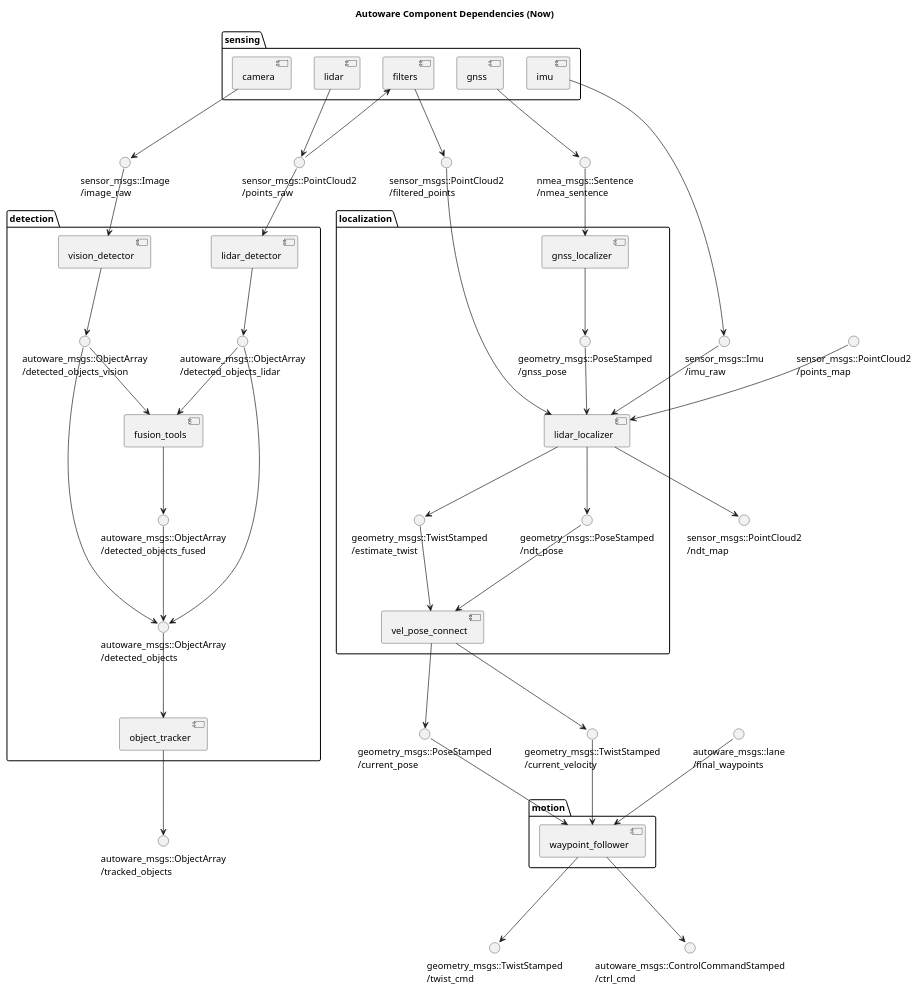
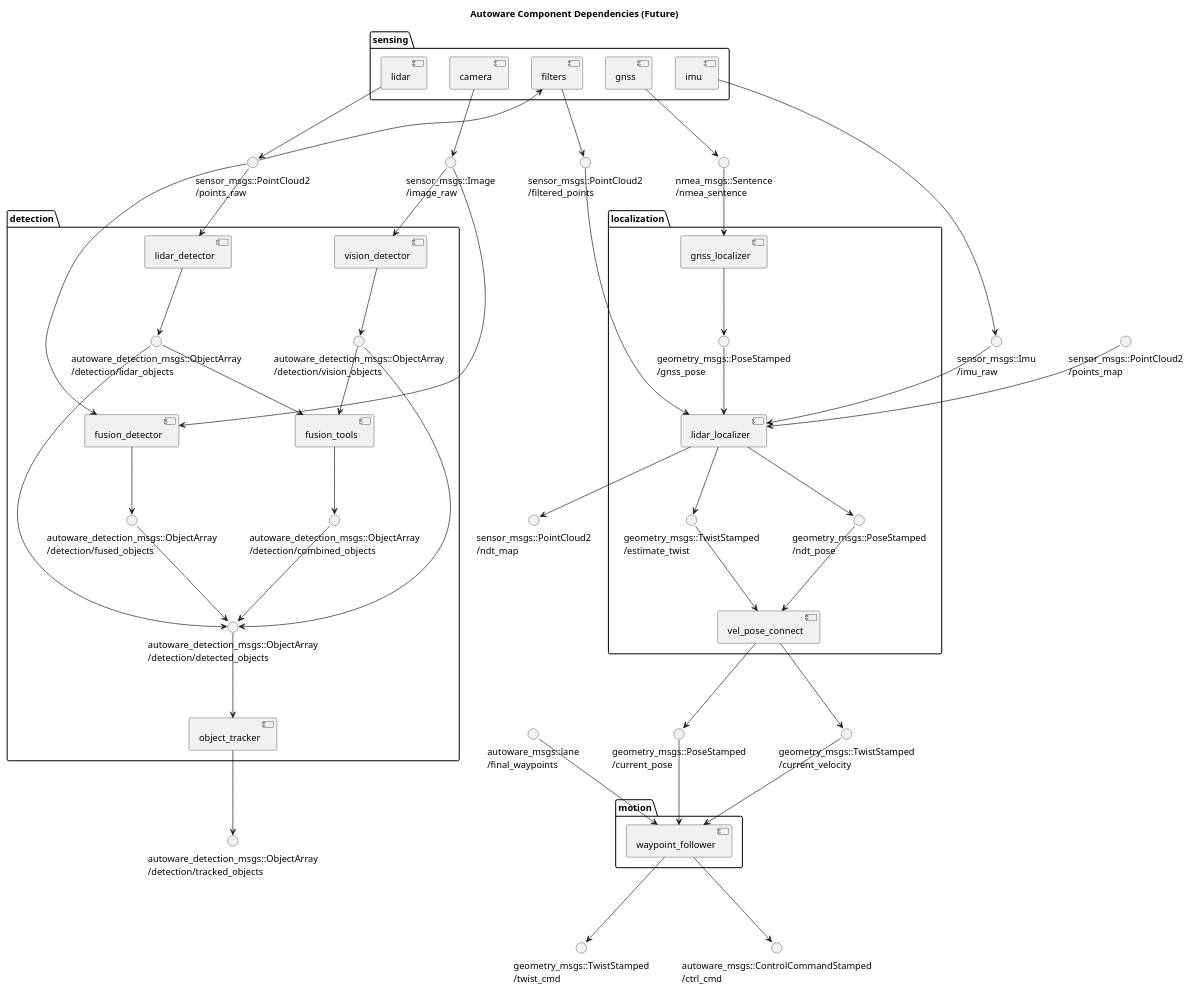
Before and after one commit to autowarefoundation/autoware: the diagram in docs/architecture/ComponentDiagram2.pu, drawn with PlantUML. The commit also changed 1 other file, not shown here.

Commit message:
Add namespaces and delete fusion_tracker

```diff
--- a/docs/architecture/ComponentDiagram2.pu
+++ b/docs/architecture/ComponentDiagram2.pu
@@ -1,159 +1,168 @@
 @startuml
 
-title Autoware Component Dependencies (Now)
+title Autoware Component Dependencies (Future)
 
 () "sensor_msgs::Image\n/image_raw" as image_raw
 () "sensor_msgs::PointCloud2\n/points_raw" as points_raw
 () "sensor_msgs::PointCloud2\n/filtered_points" as filtered_points
 () "sensor_msgs::Imu\n/imu_raw" as imu_raw 
 () "nmea_msgs::Sentence\n/nmea_sentence" as nmea_sentence
 
 folder sensing {
     [camera]
     'outputs
     camera --> image_raw
 
     [lidar]
     'outputs
     lidar --> points_raw
 
     [filters]
     'inputs
     points_raw --> filters
     'outputs
     filters --> filtered_points
 
     [imu]
     'outputs
     imu --> imu_raw
 
     [gnss]
     'outputs
     gnss --> nmea_sentence
 }
 
 'gnss_localizer
 
 'lidar_localizer
 () "sensor_msgs::PointCloud2\n/points_map" as points_map
 () "sensor_msgs::PointCloud2\n/ndt_map" as ndt_map
 
 'vel_pose_connect
 () "geometry_msgs::PoseStamped\n/current_pose" as current_pose
 () "geometry_msgs::TwistStamped\n/current_velocity" as current_velocity
 
 folder localization {
     () "geometry_msgs::PoseStamped\n/gnss_pose" as gnss_pose
     () "geometry_msgs::TwistStamped\n/estimate_twist" as estimate_twist
     () "geometry_msgs::PoseStamped\n/ndt_pose" as ndt_pose
 
     [gnss_localizer]
     'inputs
     nmea_sentence --> gnss_localizer
     'outputs
     gnss_localizer --> gnss_pose
 
     [lidar_localizer]
     'inputs
     gnss_pose --> lidar_localizer
     filtered_points --> lidar_localizer
     points_map --> lidar_localizer
     imu_raw --> lidar_localizer
     'outputs
     lidar_localizer --> estimate_twist
     lidar_localizer --> ndt_pose
     lidar_localizer --> ndt_map
 
     [vel_pose_connect]
     'inputs
     estimate_twist --> vel_pose_connect
     ndt_pose --> vel_pose_connect
     'outputs
     vel_pose_connect --> current_pose
     vel_pose_connect --> current_velocity
 
     '[dead_reckoner] @ Autoware v2.0
 }
 
 
-() "autoware_msgs::ObjectArray\n/tracked_objects" as tracked_objects
+() "autoware_detection_msgs::ObjectArray\n/detection/tracked_objects" as tracked_objects
 
 folder detection {
-    () "autoware_msgs::ObjectArray\n/detected_objects_vision" as detected_objects_vision
-    () "autoware_msgs::ObjectArray\n/detected_objects_lidar" as detected_objects_lidar
-    () "autoware_msgs::ObjectArray\n/detected_objects_fused" as detected_objects_fused
-    () "autoware_msgs::ObjectArray\n/detected_objects" as detected_objects
+    () "autoware_detection_msgs::ObjectArray\n/detection/vision_objects" as detected_objects_vision
+    () "autoware_detection_msgs::ObjectArray\n/detection/lidar_objects" as detected_objects_lidar
+    () "autoware_detection_msgs::ObjectArray\n/detection/combined_objects" as detected_objects_combined
+    () "autoware_detection_msgs::ObjectArray\n/detection/fused_objects" as detected_objects_fused
+    () "autoware_detection_msgs::ObjectArray\n/detection/detected_objects" as detected_objects
 
     [vision_detector]
     'inputs
     image_raw --> vision_detector
     'outputs
     vision_detector --> detected_objects_vision
 
     [lidar_detector]
     'inputs
     points_raw --> lidar_detector
     'outputs
     lidar_detector --> detected_objects_lidar
 
     [object_tracker]
     'inputs
     detected_objects --> object_tracker
     'outputs
     object_tracker --> tracked_objects
 
+    [fusion_detector]
+    'inputs
+    image_raw --> fusion_detector
+    points_raw --> fusion_detector
+    'outputs
+    fusion_detector --> detected_objects_fused
+
     [fusion_tools]
     'inputs
     detected_objects_vision --> fusion_tools
     detected_objects_lidar --> fusion_tools
     'outputs
-    fusion_tools --> detected_objects_fused
+    fusion_tools --> detected_objects_combined
 
     '[fusion_detector] @ Autoware v2.0
 
     '[fusion_tracker] @ Autoware v2.0
 
     'connection
     detected_objects_vision --> detected_objects
     detected_objects_lidar --> detected_objects
+    detected_objects_combined --> detected_objects
     detected_objects_fused --> detected_objects
 }
 
 /' @ Autoware v2.0
 folder prediction {
     [moving_predictor]
 
     [collision_predictor]
 
     [cutin_predictor]
 }
 '/
 
 /' @ Autoware v2.0
 folder intelligence {
     [decision_maker]
 }
 '/
 
 /' @ Autoware v2.0
 folder state {
     [state_machine]
 }
 '/
 
 () "autoware_msgs::lane\n/final_waypoints" as final_waypoints
 () "geometry_msgs::TwistStamped\n/twist_cmd" as twist_cmd
 () "autoware_msgs::ControlCommandStamped\n/ctrl_cmd" as ctrl_cmd
 
 folder motion {
     [waypoint_follower]
     'inputs
     current_pose --> waypoint_follower
     current_velocity --> waypoint_follower
     final_waypoints --> waypoint_follower
     'outputs
     waypoint_follower --> twist_cmd
     waypoint_follower --> ctrl_cmd
 }
 
 @enduml
```
